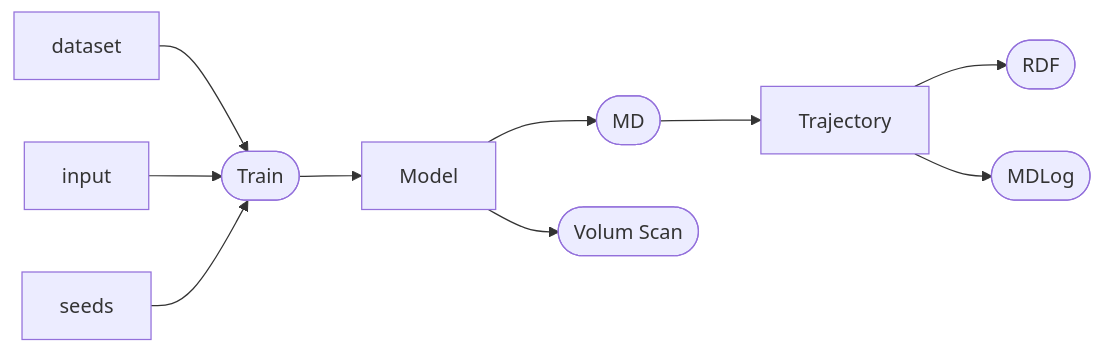
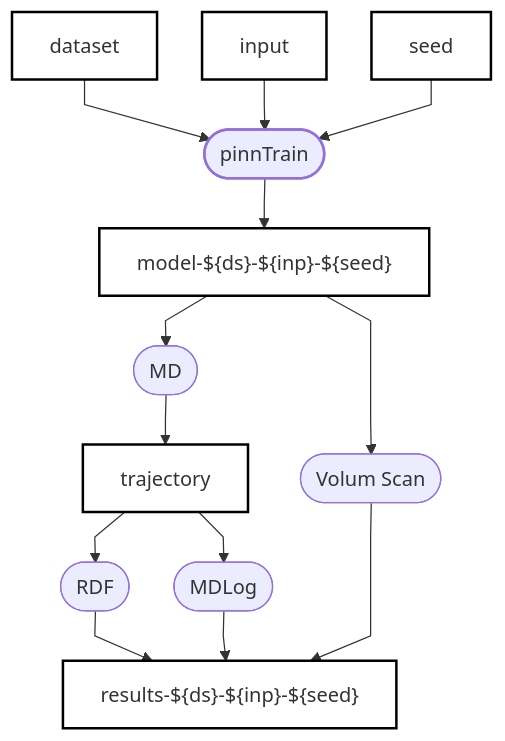
Before and after one commit to yqshao/pinnacle: the diagram in docs/recipe/benchmark.md, drawn with Mermaid. The commit also changed 1 other file, not shown here.

Commit message:
[wip] document the new active learning scheme

````diff
--- a/docs/recipe/benchmark.md
+++ b/docs/recipe/benchmark.md
@@ -9,12 +9,22 @@
     ```mermaid
-    graph LR
-    ds[dataset] --> train([Train])
+    flowchart TD
+    %%{init:{'flowchart':{'nodeSpacing': 36, 'rankSpacing': 40, 'curve':'linear'}}}%%
+
+    ds[dataset] --> train([pinnTrain])
     inp[input] --> train
-    seeds --> train
-    train --> model[Model]
+    seed --> train
+    train --> model["model-${ds}-${inp}-${seed}"]
     model --> md([MD])
     model --> vscan([Volum Scan])
-    md --> trajs[Trajectory]
-    trajs --> rdf([RDF])
-    trajs --> mdlog([MDLog])
+    md --> traj[trajectory]
+    traj --> rdf([RDF])
+    traj --> mdlog([MDLog])
+    rdf --> results["results-${ds}-${inp}-${seed}"]
+    mdlog --> results
+    vscan ---> results
+    
+    classDef data fill:#fff,stroke:#000,stroke-width:2px;
+    classDef process stroke-width:2px;
+    class train,pinnMD,cp2kLabel,tipsMix,tipsDiff process;
+    class ds,inp,seed,traj,model,results data;
     ```
````
